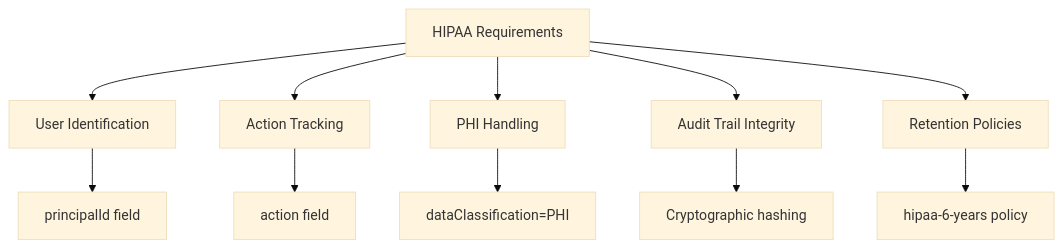
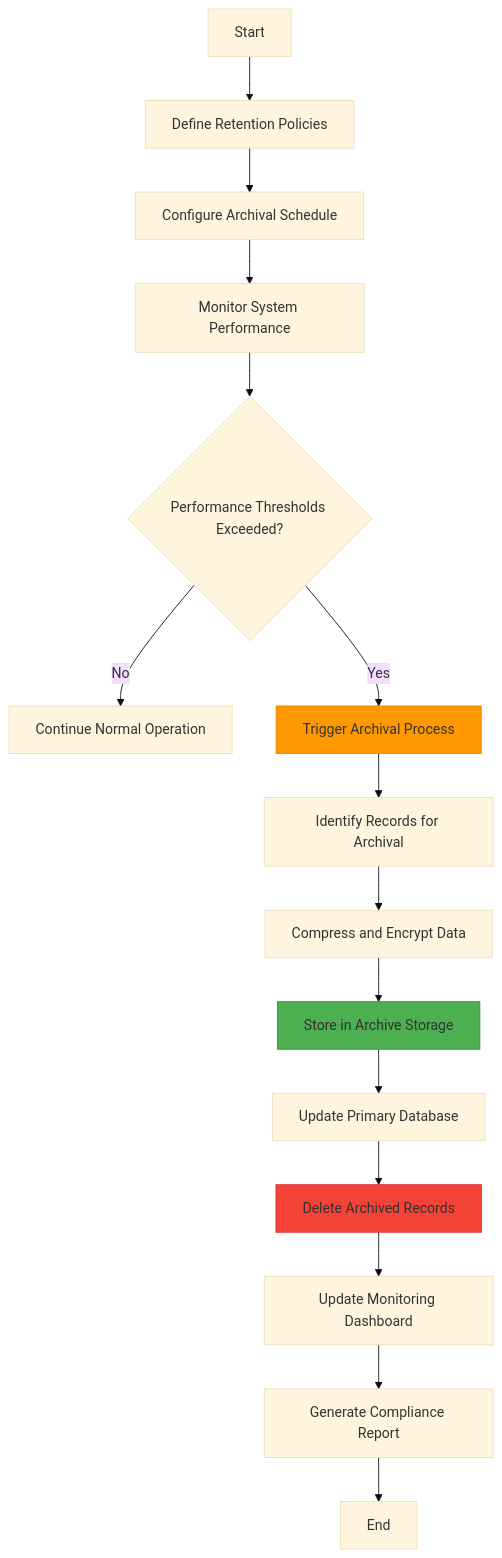
One commit to smedrec/smart-logs changed the fourth of 6 diagrams in .qoder/repowiki/en/content/Audit System Enhancements Specifications.md. Above: the diagram before and after it, drawn with Mermaid (base theme). The commit also changed other lines of this file and 7 other files, not shown here.

First line of the commit message:
docs(audit-client): update comprehensive documentation and architecture overview

````diff
--- a/.qoder/repowiki/en/content/Audit System Enhancements Specifications.md
+++ b/.qoder/repowiki/en/content/Audit System Enhancements Specifications.md
@@ -433,13 +200,20 @@
 ```mermaid
 flowchart TD
-A[HIPAA Requirements] --> B[User Identification]
-A --> C[Action Tracking]
-A --> D[PHI Handling]
-A --> E[Audit Trail Integrity]
-A --> F[Retention Policies]
-B --> B1[principalId field]
-C --> C1[action field]
-D --> D1[dataClassification=PHI]
-E --> E1[Cryptographic hashing]
-F --> F1[hipaa-6-years policy]
+A[Start] --> B[Define Retention Policies]
+B --> C[Configure Archival Schedule]
+C --> D[Monitor System Performance]
+D --> E{Performance Thresholds Exceeded?}
+E --> |No| F[Continue Normal Operation]
+E --> |Yes| G[Trigger Archival Process]
+G --> H[Identify Records for Archival]
+H --> I[Compress and Encrypt Data]
+I --> J[Store in Archive Storage]
+J --> K[Update Primary Database]
+K --> L[Delete Archived Records]
+L --> M[Update Monitoring Dashboard]
+M --> N[Generate Compliance Report]
+N --> O[End]
+style G fill:#FF9800,stroke:#F57C00
+style J fill:#4CAF50,stroke:#388E3C
+style L fill:#F44336,stroke:#D32F2F
 ```
````
